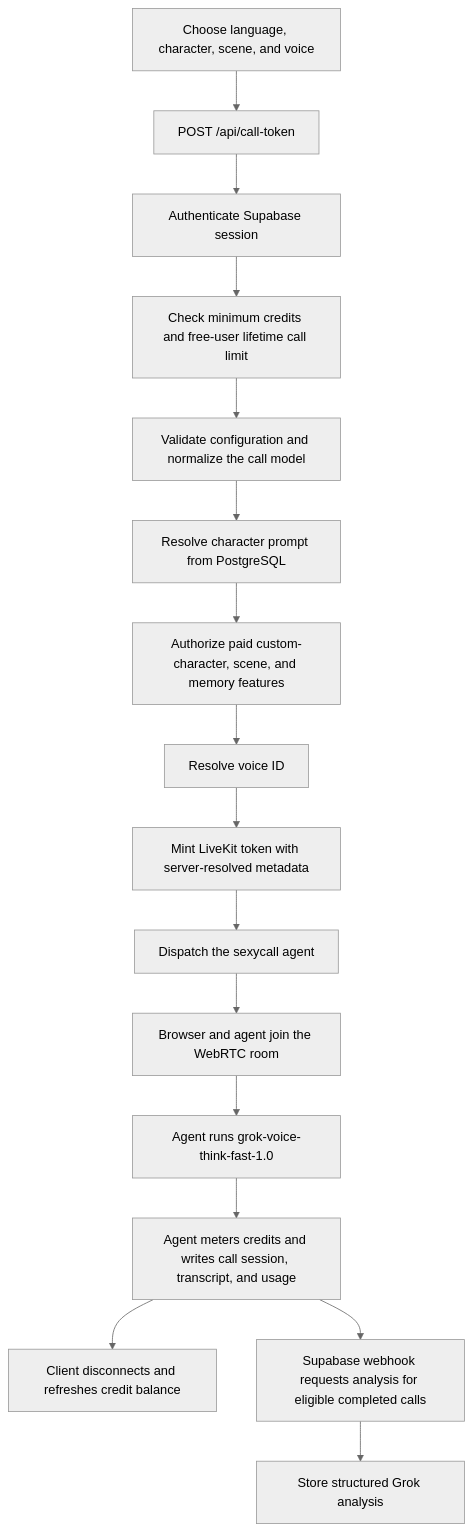
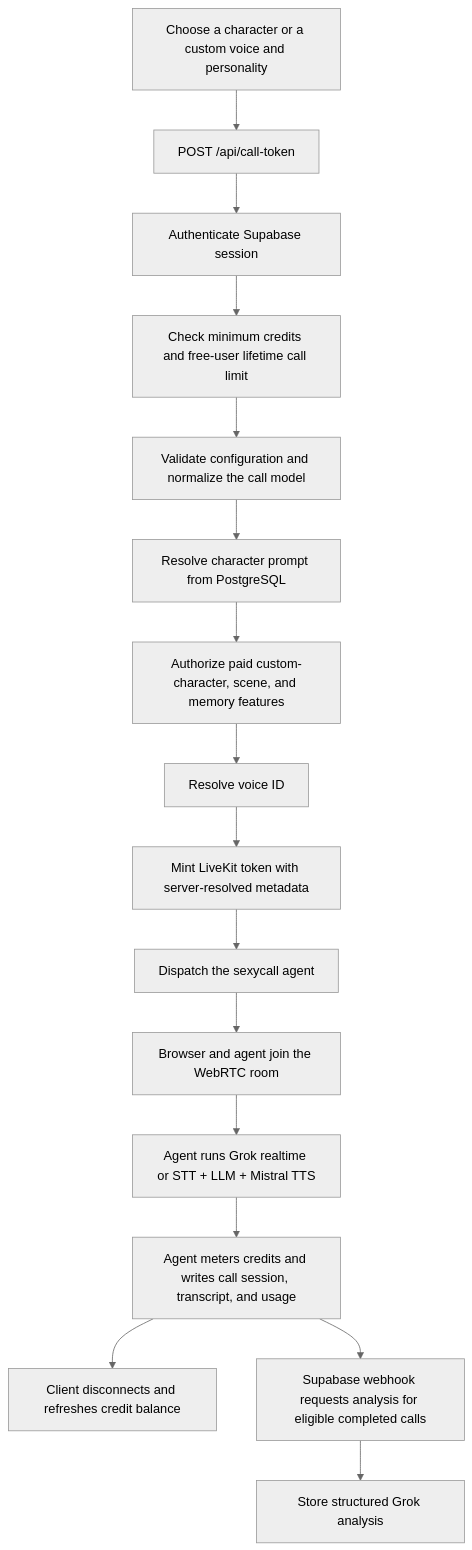
The fifth of 5 diagrams in ARCHITECTURE.md (gianpaj/sexyvoice), drawn with Mermaid (neutral theme) before and after one commit. The commit also changed other lines of this file and 20 other files, not shown here.

Commit message:
feat(call): add inline custom character setup

````diff
--- a/ARCHITECTURE.md
+++ b/ARCHITECTURE.md
@@ -292,18 +316,18 @@
 ```mermaid
 flowchart TD
-    A["Choose language, character, scene, and voice"] --> B["POST /api/call-token"]
+    A["Choose a character or a custom voice and personality"] --> B["POST /api/call-token"]
     B --> C["Authenticate Supabase session"]
     C --> D["Check minimum credits and free-user lifetime call limit"]
     D --> E["Validate configuration and normalize the call model"]
     E --> F["Resolve character prompt from PostgreSQL"]
     F --> G["Authorize paid custom-character, scene, and memory features"]
     G --> H["Resolve voice ID"]
     H --> I["Mint LiveKit token with server-resolved metadata"]
     I --> J["Dispatch the sexycall agent"]
     J --> K["Browser and agent join the WebRTC room"]
-    K --> L["Agent runs grok-voice-think-fast-1.0"]
+    K --> L["Agent runs Grok realtime or STT + LLM + Mistral TTS"]
     L --> M["Agent meters credits and writes call session, transcript, and usage"]
     M --> N["Client disconnects and refreshes credit balance"]
     M --> O["Supabase webhook requests analysis for eligible completed calls"]
     O --> P["Store structured Grok analysis"]
 ```
````
